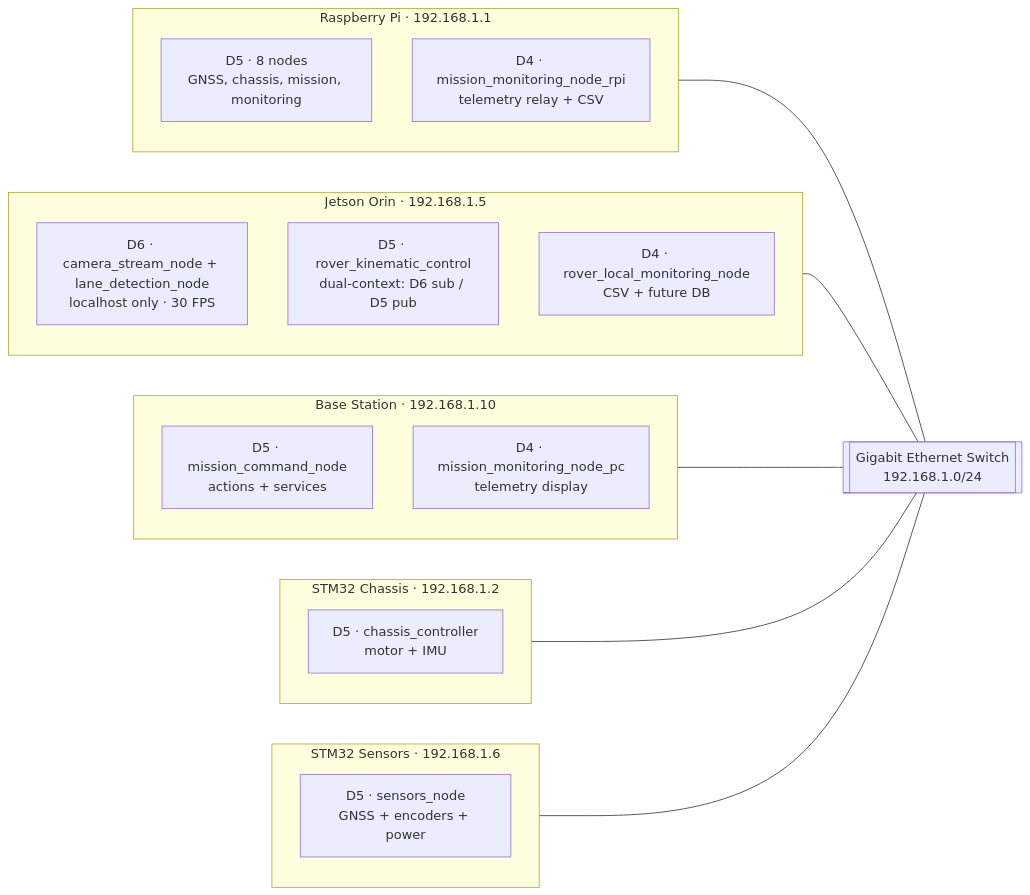
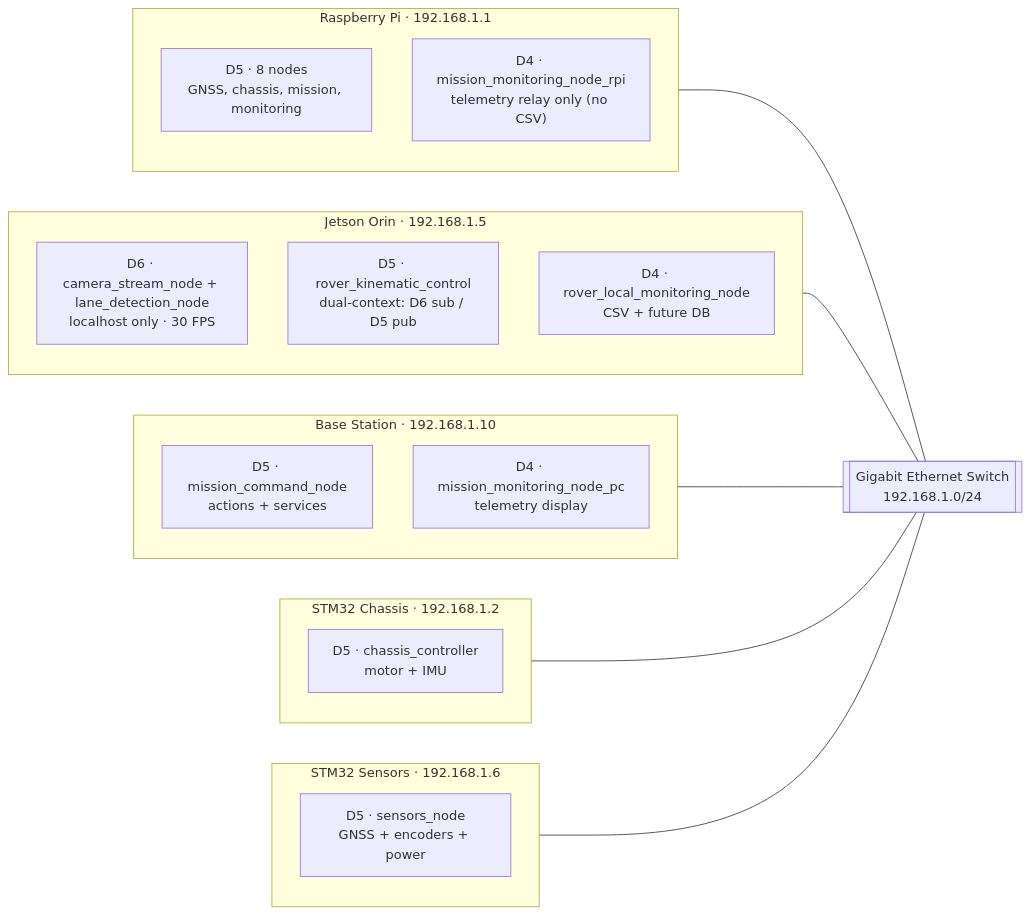
One commit to RoboticsGG/almondmatcha changed the first of 2 diagrams in docs/ARCHITECTURE.md. Above: the diagram before and after it, drawn with Mermaid. The commit also changed other lines of this file and 6 other files, not shown here.

````diff
--- a/docs/ARCHITECTURE.md
+++ b/docs/ARCHITECTURE.md
@@ -19,34 +19,34 @@
 ```mermaid
 graph LR
     SW[["Gigabit Ethernet Switch\n192.168.1.0/24"]]
 
     subgraph RPi ["Raspberry Pi · 192.168.1.1"]
         R1["D5 · 8 nodes\nGNSS, chassis, mission, monitoring"]
-        R2["D4 · mission_monitoring_node_rpi\ntelemetry relay + CSV"]
+        R2["D4 · mission_monitoring_node_rpi\ntelemetry relay only (no CSV)"]
     end
 
     subgraph JET ["Jetson Orin · 192.168.1.5"]
         J1["D6 · camera_stream_node + lane_detection_node\nlocalhost only · 30 FPS"]
         J2["D5 · rover_kinematic_control\ndual-context: D6 sub / D5 pub"]
         J3["D4 · rover_local_monitoring_node\nCSV + future DB"]
     end
 
     subgraph BASE ["Base Station · 192.168.1.10"]
         B1["D5 · mission_command_node\nactions + services"]
         B2["D4 · mission_monitoring_node_pc\ntelemetry display"]
     end
 
     subgraph CHS ["STM32 Chassis · 192.168.1.2"]
         C1["D5 · chassis_controller\nmotor + IMU"]
     end
 
     subgraph SNS ["STM32 Sensors · 192.168.1.6"]
         S1["D5 · sensors_node\nGNSS + encoders + power"]
     end
 
     RPi --- SW
     JET --- SW
     BASE --- SW
     CHS --- SW
     SNS --- SW
 ```
````
